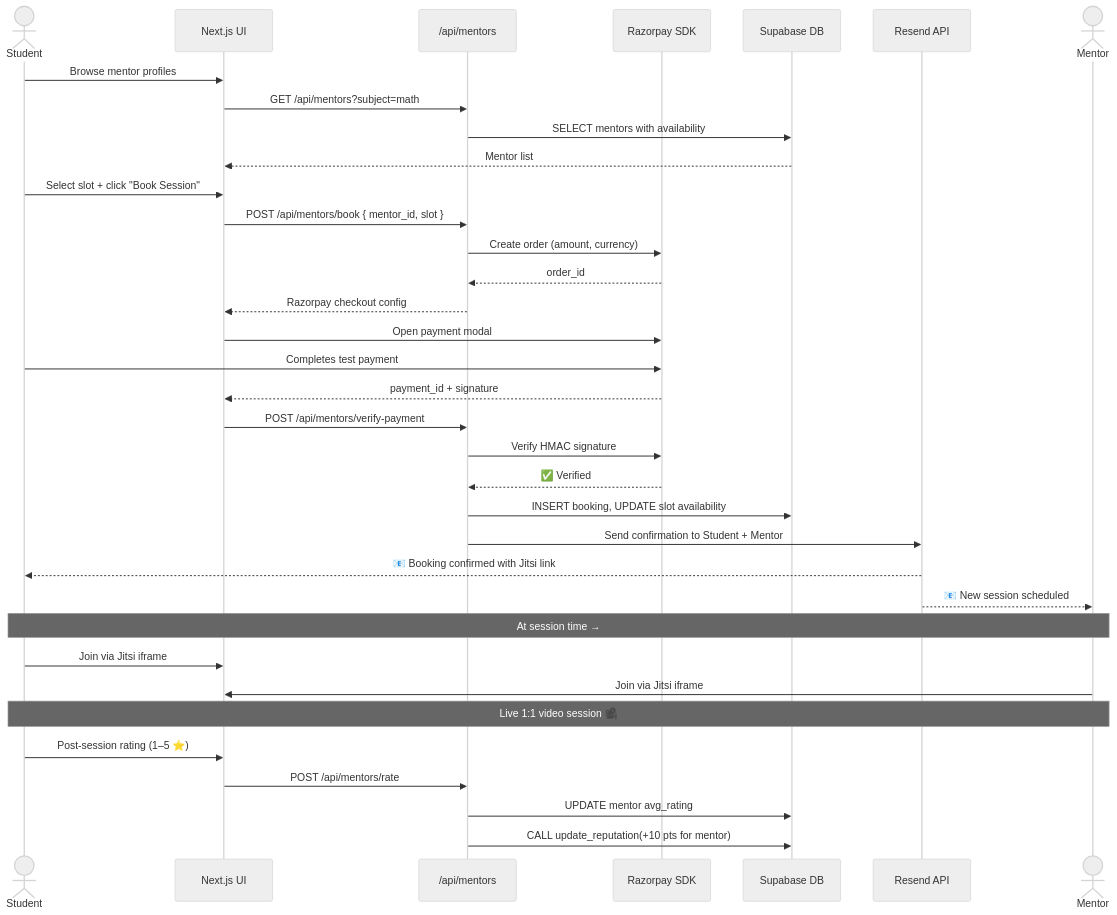
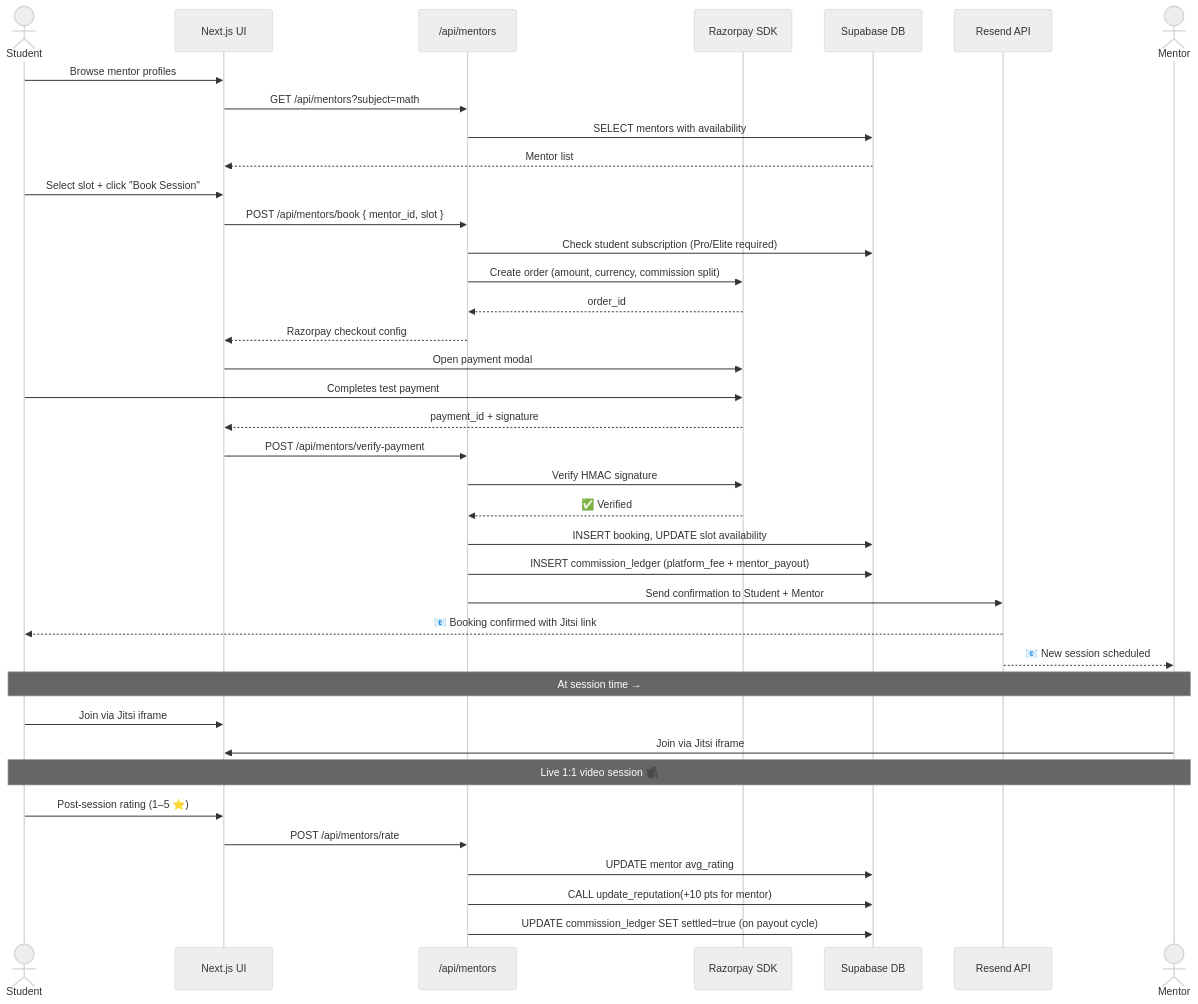
One commit to ayushjhaa1187-spec/DEV_FUSION changed the fourth of 7 diagrams in README.md. Above: the diagram before and after it, drawn with Mermaid (neutral theme). The commit also changed other lines of this file, not shown here.

````diff
--- a/README.md
+++ b/README.md
@@ -265,43 +572,46 @@
 ```mermaid
 sequenceDiagram
     actor Student
     participant UI as Next.js UI
     participant API as /api/mentors
     participant RZP as Razorpay SDK
     participant DB as Supabase DB
     participant EMAIL as Resend API
     actor Mentor
 
     Student->>UI: Browse mentor profiles
     UI->>API: GET /api/mentors?subject=math
     API->>DB: SELECT mentors with availability
     DB-->>UI: Mentor list
 
     Student->>UI: Select slot + click "Book Session"
     UI->>API: POST /api/mentors/book { mentor_id, slot }
-    API->>RZP: Create order (amount, currency)
+    API->>DB: Check student subscription (Pro/Elite required)
+    API->>RZP: Create order (amount, currency, commission split)
     RZP-->>API: order_id
     API-->>UI: Razorpay checkout config
 
     UI->>RZP: Open payment modal
     Student->>RZP: Completes test payment
     RZP-->>UI: payment_id + signature
 
     UI->>API: POST /api/mentors/verify-payment
     API->>RZP: Verify HMAC signature
     RZP-->>API: ✅ Verified
     API->>DB: INSERT booking, UPDATE slot availability
+    API->>DB: INSERT commission_ledger (platform_fee + mentor_payout)
     API->>EMAIL: Send confirmation to Student + Mentor
     EMAIL-->>Student: 📧 Booking confirmed with Jitsi link
     EMAIL-->>Mentor: 📧 New session scheduled
 
     Note over Student, Mentor: At session time →
     Student->>UI: Join via Jitsi iframe
     Mentor->>UI: Join via Jitsi iframe
     Note over Student, Mentor: Live 1:1 video session 🎥
 
     Student->>UI: Post-session rating (1–5 ⭐)
     UI->>API: POST /api/mentors/rate
     API->>DB: UPDATE mentor avg_rating
     API->>DB: CALL update_reputation(+10 pts for mentor)
+    API->>DB: UPDATE commission_ledger SET settled=true (on payout cycle)
 ```
````
